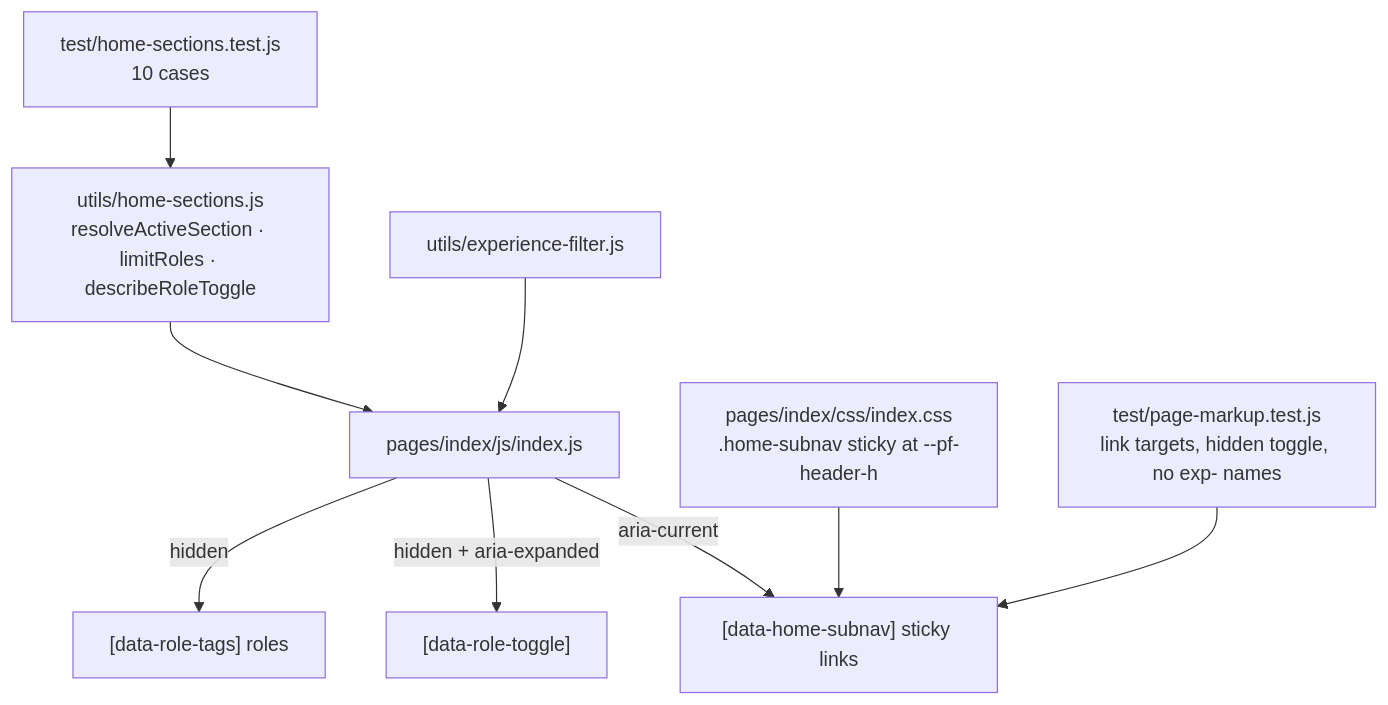
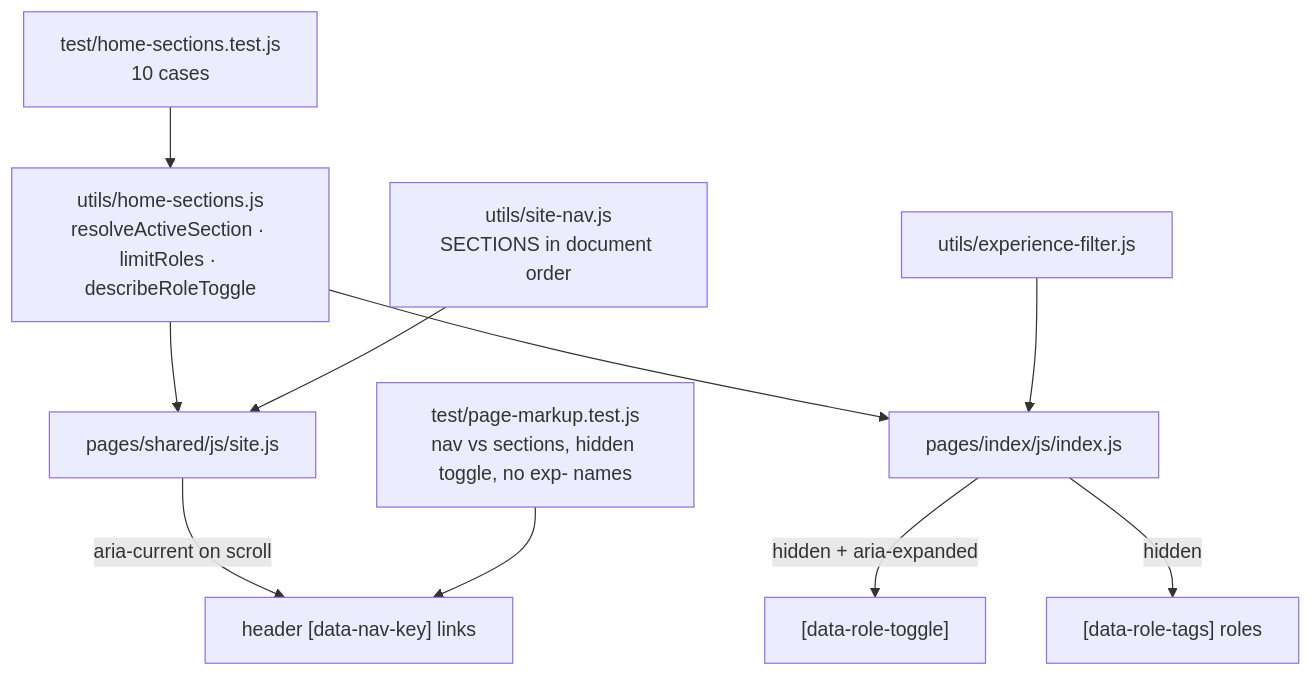
One commit to Jamieatucker/portfolio changed the diagram in docs/home-page-length-controls.md. Above: the diagram before and after it, drawn with Mermaid. The commit also changed other lines of this file and 10 other files, not shown here.

First line of the commit message:
Document the single-page architecture

````diff
--- a/docs/home-page-length-controls.md
+++ b/docs/home-page-length-controls.md
@@ -24,14 +27,17 @@
 ```mermaid
 flowchart TD
     HS["utils/home-sections.js<br/>resolveActiveSection · limitRoles · describeRoleToggle"]
+    SN["utils/site-nav.js<br/>SECTIONS in document order"]
+    SITE["pages/shared/js/site.js"]
     JS["pages/index/js/index.js"]
     EF["utils/experience-filter.js"]
+    HS --> SITE
+    SN --> SITE
+    SITE -->|"aria-current on scroll"| NAV["header [data-nav-key] links"]
     HS --> JS
     EF --> JS
-    JS -->|"aria-current"| NAV["[data-home-subnav] sticky links"]
     JS -->|"hidden + aria-expanded"| BTN["[data-role-toggle]"]
     JS -->|"hidden"| ROLES["[data-role-tags] roles"]
-    CSS["pages/index/css/index.css<br/>.home-subnav sticky at --pf-header-h"] --> NAV
     T["test/home-sections.test.js<br/>10 cases"] --> HS
-    PM["test/page-markup.test.js<br/>link targets, hidden toggle, no exp- names"] --> NAV
+    PM["test/page-markup.test.js<br/>nav vs sections, hidden toggle, no exp- names"] --> NAV
 ```
````
